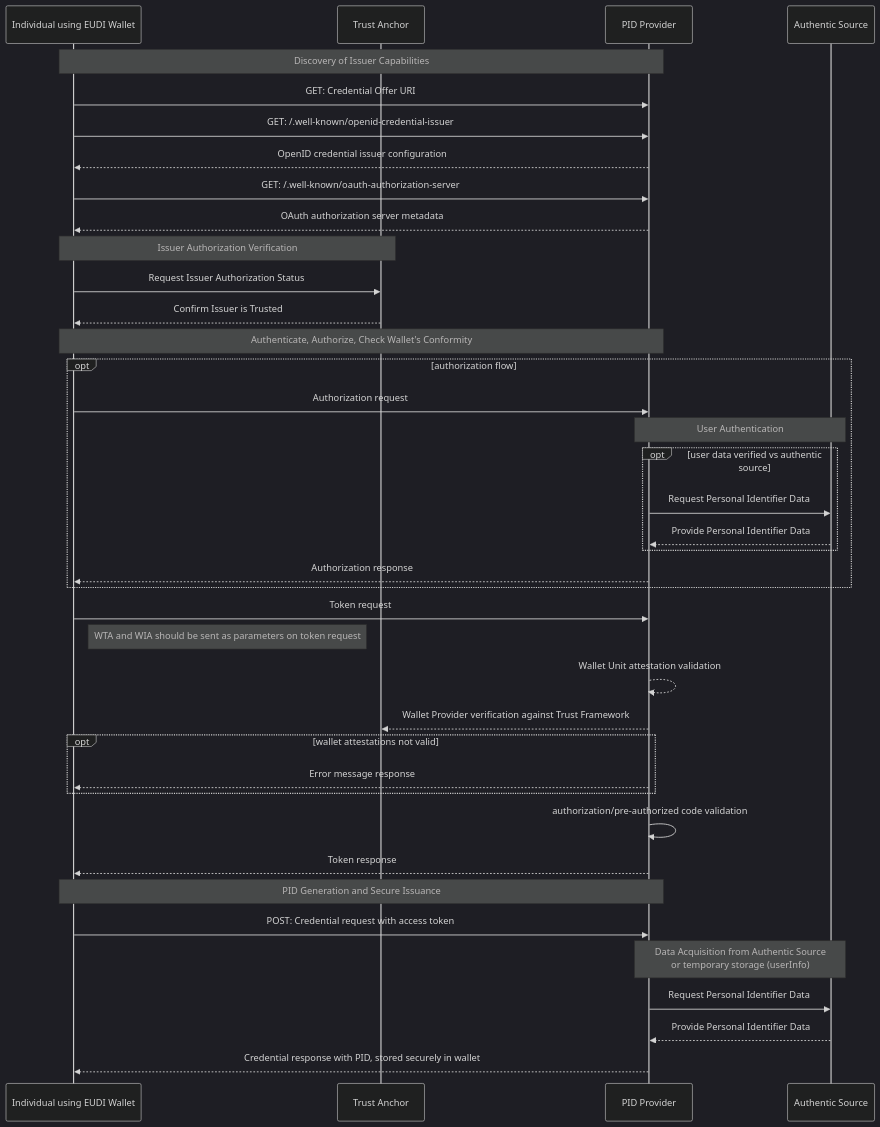
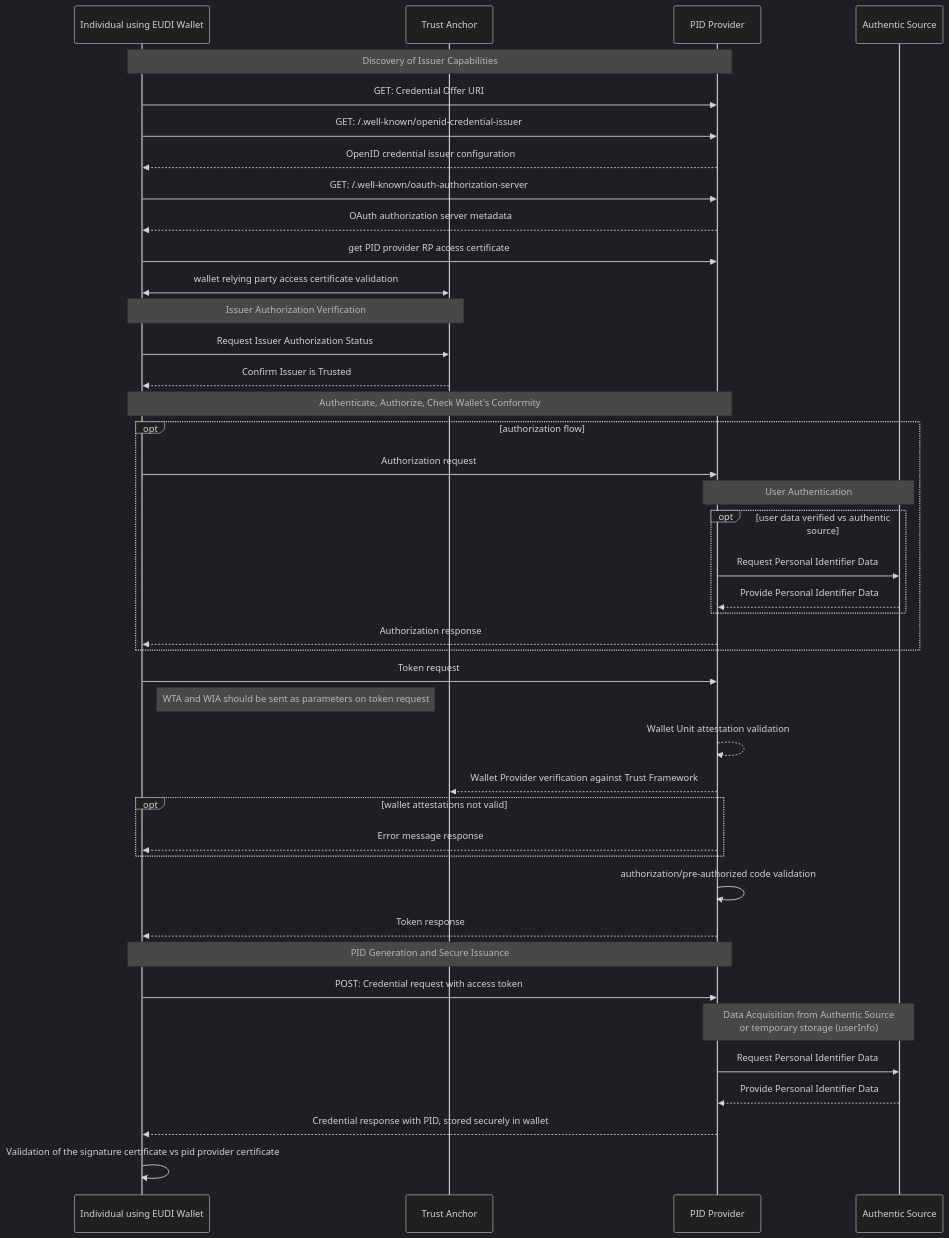
Before and after one commit to EWC-consortium/eudi-wallet-rfcs: the diagram in ewc-rfc003-issue-person-identification-data.md, drawn with Mermaid (dark theme). The commit also changed other lines of this file, not shown here.

````diff
--- a/ewc-rfc003-issue-person-identification-data.md
+++ b/ewc-rfc003-issue-person-identification-data.md
@@ -74,49 +76,52 @@
 ```mermaid
   sequenceDiagram
     participant I as Individual using EUDI Wallet
     participant TA as Trust Anchor
     participant O as PID Provider
     participant AS as Authentic Source
         
     Note over I,O: Discovery of Issuer Capabilities 
     I->>O: GET: Credential Offer URI
     I->> O: GET: /.well-known/openid-credential-issuer
     O-->> I: OpenID credential issuer configuration
     I->> O: GET: /.well-known/oauth-authorization-server
     O-->>I: OAuth authorization server metadata
+    I->> O: get PID provider RP access certificate
+    I <<->> TA: wallet relying party access certificate validation 
         
     Note over I,TA: Issuer Authorization Verification
     I->>TA: Request Issuer Authorization Status
     TA-->>I: Confirm Issuer is Trusted
     
     Note over I,O: Authenticate, Authorize, Check Wallet's Conformity
     opt authorization flow
     I->>O: Authorization request
     
     Note over O,AS: User Authentication
         opt user data verified vs authentic source
           O->>AS: Request Personal Identifier Data
           AS-->>O: Provide Personal Identifier Data
       end
       O-->>I: Authorization response 
     end
     
     I->> O: Token request
     Note right of I: WTA and WIA should be sent as parameters on token request
     O-->>O: Wallet Unit attestation validation
     O-->>TA: Wallet Provider verification against Trust Framework
       opt wallet attestations not valid
           O-->>I: Error message response
       end
     O->>O: authorization/pre-authorized code validation
     O-->>I: Token response
         
     Note over I,O: PID Generation and Secure Issuance
     I->>O: POST: Credential request with access token
     Note over O,AS: Data Acquisition from Authentic Source <BR> or temporary storage (userInfo)
     O->>AS: Request Personal Identifier Data
     AS-->>O: Provide Personal Identifier Data
     
     O-->>I: Credential response with PID, stored securely in wallet
+    I->> I: Validation of the signature certificate vs pid provider certificate
 
 ```
````
